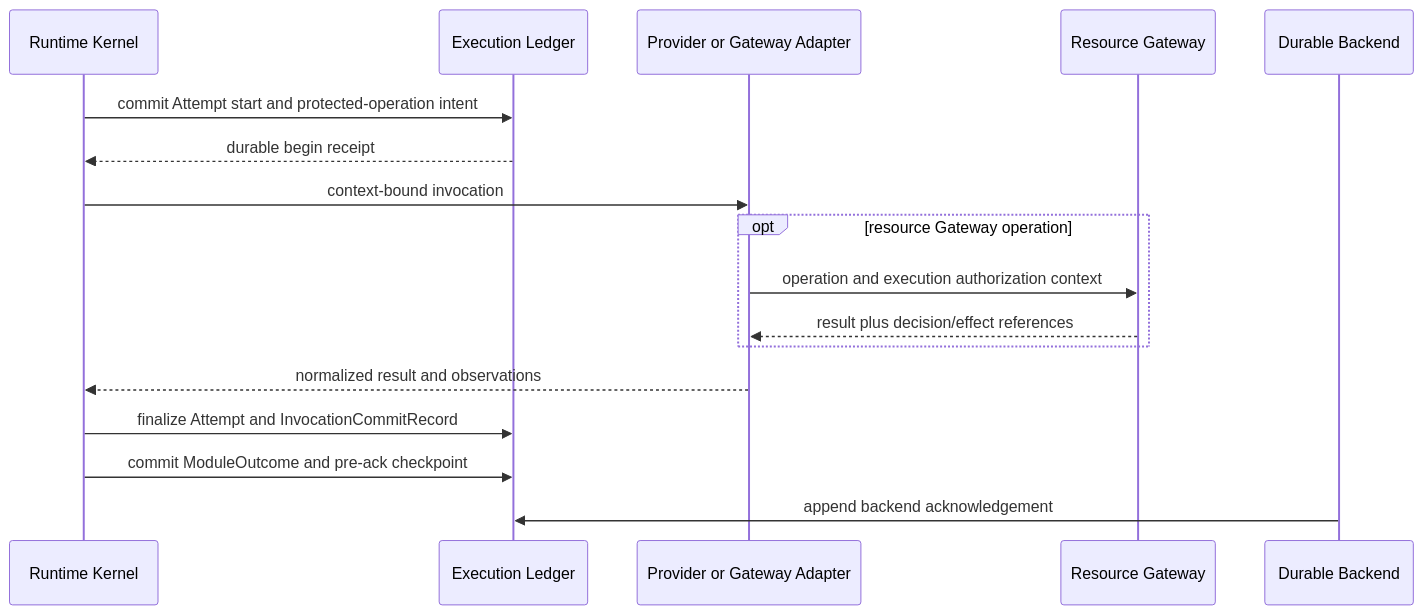
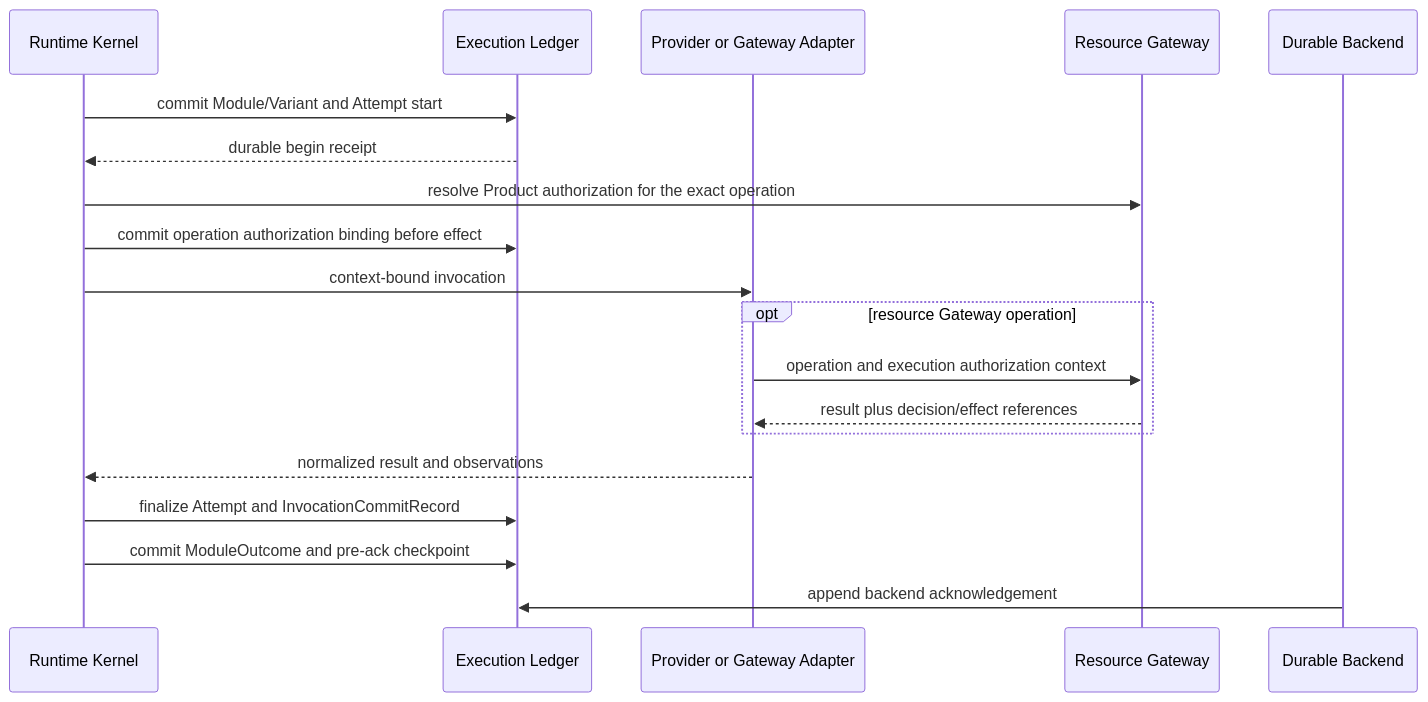
The fourth of 4 diagrams in designDoc/agent_runtime_06_standalone_package_and_lifecycle_contract.md (bobaoai/agent_runtime), drawn with Mermaid before and after one commit. The commit also changed other lines of this file and 17 other files, not shown here.

````diff
--- a/designDoc/agent_runtime_06_standalone_package_and_lifecycle_contract.md
+++ b/designDoc/agent_runtime_06_standalone_package_and_lifecycle_contract.md
@@ -437,20 +437,22 @@
 ```mermaid
 sequenceDiagram
     participant kernel as Runtime Kernel
     participant ledger as Execution Ledger
     participant adapter as Provider or Gateway Adapter
     participant gateway as Resource Gateway
     participant backend as Durable Backend
 
-    kernel->>ledger: commit Attempt start and protected-operation intent
+    kernel->>ledger: commit Module/Variant and Attempt start
     ledger-->>kernel: durable begin receipt
+    kernel->>gateway: resolve Product authorization for the exact operation
+    kernel->>ledger: commit operation authorization binding before effect
     kernel->>adapter: context-bound invocation
     opt resource Gateway operation
         adapter->>gateway: operation and execution authorization context
         gateway-->>adapter: result plus decision/effect references
     end
     adapter-->>kernel: normalized result and observations
     kernel->>ledger: finalize Attempt and InvocationCommitRecord
     kernel->>ledger: commit ModuleOutcome and pre-ack checkpoint
     backend->>ledger: append backend acknowledgement
 ```
````
